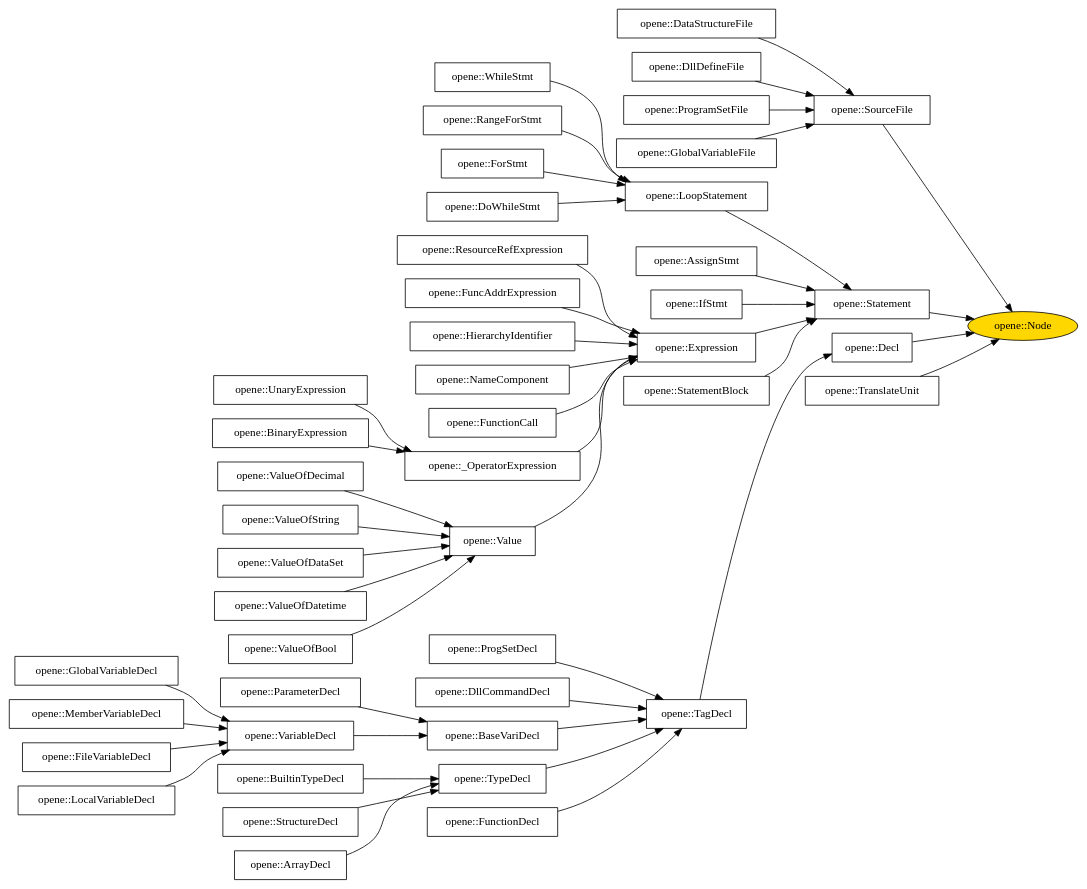
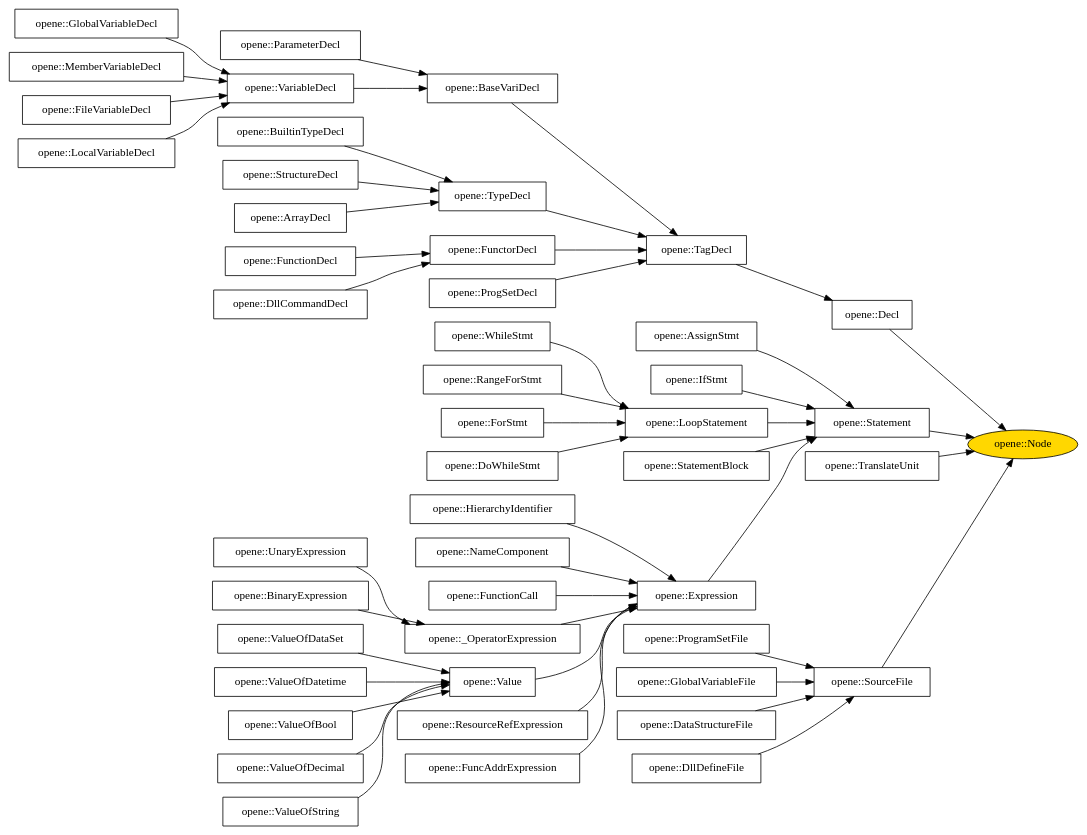
Before and after one commit to RonxBulld/RexLang: the diagram in Compiler/opene_parse/ClassInheritance.dot, drawn with Graphviz. The commit also changed 3 other files, not shown here.

Commit message:
更新节点关机继承图；实现TypeAssert::IsBinaryOperationValid；新增ValidMarixOpt用于辅助可计算关系判定

```diff
--- a/Compiler/opene_parse/ClassInheritance.dot
+++ b/Compiler/opene_parse/ClassInheritance.dot
@@ -1,53 +1,54 @@
 digraph G {
 	rankdir=LR;
 	node[shape=box];
 
 	# Class inheritance link.
-	"opene::GlobalVariableDecl" -> "opene::VariableDecl"
-	"opene::MemberVariableDecl" -> "opene::VariableDecl"
-	"opene::FileVariableDecl" -> "opene::VariableDecl"
-	"opene::LocalVariableDecl" -> "opene::VariableDecl"
-	"opene::TypeDecl" -> "opene::TagDecl"
-	"opene::BuiltinTypeDecl" -> "opene::TypeDecl"
-	"opene::StructureDecl" -> "opene::TypeDecl"
 	"opene::SourceFile" -> "opene::Node"
 	"opene::ProgramSetFile" -> "opene::SourceFile"
 	"opene::GlobalVariableFile" -> "opene::SourceFile"
 	"opene::DataStructureFile" -> "opene::SourceFile"
 	"opene::DllDefineFile" -> "opene::SourceFile"
 	"opene::Decl" -> "opene::Node"
 	"opene::TagDecl" -> "opene::Decl"
 	"opene::BaseVariDecl" -> "opene::TagDecl"
 	"opene::ParameterDecl" -> "opene::BaseVariDecl"
 	"opene::VariableDecl" -> "opene::BaseVariDecl"
+	"opene::GlobalVariableDecl" -> "opene::VariableDecl"
+	"opene::MemberVariableDecl" -> "opene::VariableDecl"
+	"opene::FileVariableDecl" -> "opene::VariableDecl"
+	"opene::LocalVariableDecl" -> "opene::VariableDecl"
+	"opene::TypeDecl" -> "opene::TagDecl"
+	"opene::BuiltinTypeDecl" -> "opene::TypeDecl"
+	"opene::StructureDecl" -> "opene::TypeDecl"
 	"opene::ArrayDecl" -> "opene::TypeDecl"
-	"opene::FunctionDecl" -> "opene::TagDecl"
+	"opene::FunctorDecl" -> "opene::TagDecl"
+	"opene::FunctionDecl" -> "opene::FunctorDecl"
+	"opene::DllCommandDecl" -> "opene::FunctorDecl"
 	"opene::ProgSetDecl" -> "opene::TagDecl"
-	"opene::DllCommandDecl" -> "opene::TagDecl"
 	"opene::Statement" -> "opene::Node"
 	"opene::AssignStmt" -> "opene::Statement"
 	"opene::IfStmt" -> "opene::Statement"
 	"opene::LoopStatement" -> "opene::Statement"
 	"opene::WhileStmt" -> "opene::LoopStatement"
 	"opene::RangeForStmt" -> "opene::LoopStatement"
 	"opene::ForStmt" -> "opene::LoopStatement"
 	"opene::DoWhileStmt" -> "opene::LoopStatement"
 	"opene::StatementBlock" -> "opene::Statement"
 	"opene::Expression" -> "opene::Statement"
 	"opene::HierarchyIdentifier" -> "opene::Expression"
 	"opene::NameComponent" -> "opene::Expression"
 	"opene::FunctionCall" -> "opene::Expression"
 	"opene::_OperatorExpression" -> "opene::Expression"
 	"opene::UnaryExpression" -> "opene::_OperatorExpression"
 	"opene::BinaryExpression" -> "opene::_OperatorExpression"
 	"opene::Value" -> "opene::Expression"
 	"opene::ValueOfDataSet" -> "opene::Value"
 	"opene::ValueOfDatetime" -> "opene::Value"
 	"opene::ResourceRefExpression" -> "opene::Expression"
 	"opene::FuncAddrExpression" -> "opene::Expression"
 	"opene::ValueOfBool" -> "opene::Value"
 	"opene::ValueOfDecimal" -> "opene::Value"
 	"opene::ValueOfString" -> "opene::Value"
 	"opene::TranslateUnit" -> "opene::Node"
 	"opene::Node"[shape=ellipse fillcolor=gold style=filled];
 }
```
